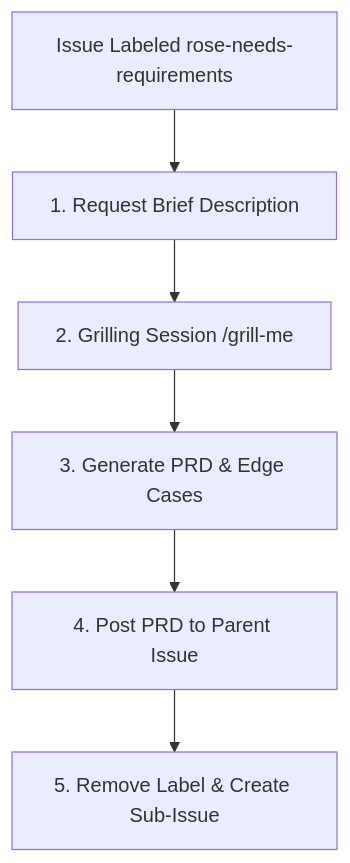
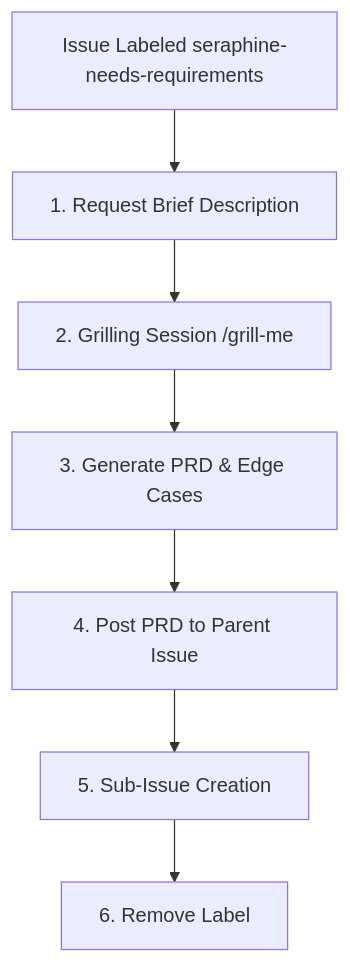
One commit to brotherlogic/rose changed the diagram in .agent/workflows/seraphine-needs-requirements.md. Above: the diagram before and after it, drawn with Mermaid. The commit also changed other lines of this file and 6 other files, not shown here.

````diff
--- a/.agent/workflows/seraphine-needs-requirements.md
+++ b/.agent/workflows/seraphine-needs-requirements.md
@@ -7,8 +7,9 @@
 ```mermaid
 graph TD
-    A[Issue Labeled rose-needs-requirements] --> B[1. Request Brief Description]
+    A[Issue Labeled seraphine-needs-requirements] --> B[1. Request Brief Description]
     B --> C[2. Grilling Session /grill-me]
     C --> D[3. Generate PRD & Edge Cases]
     D --> E[4. Post PRD to Parent Issue]
-    E --> F[5. Remove Label & Create Sub-Issue]
+    E --> F[5. Sub-Issue Creation]
+    F --> G[6. Remove Label]
 ```
````
